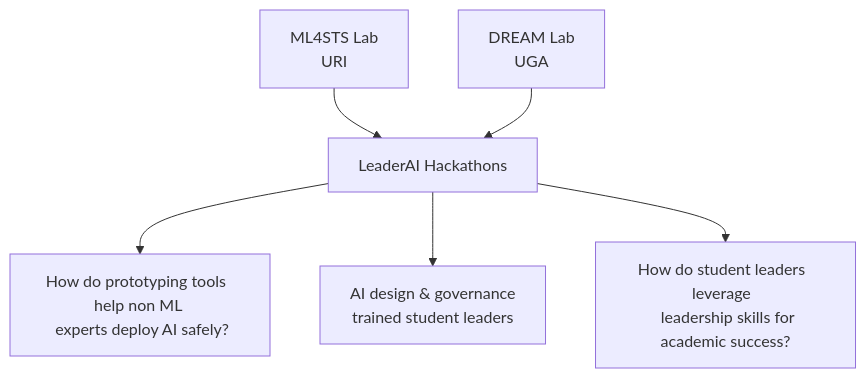
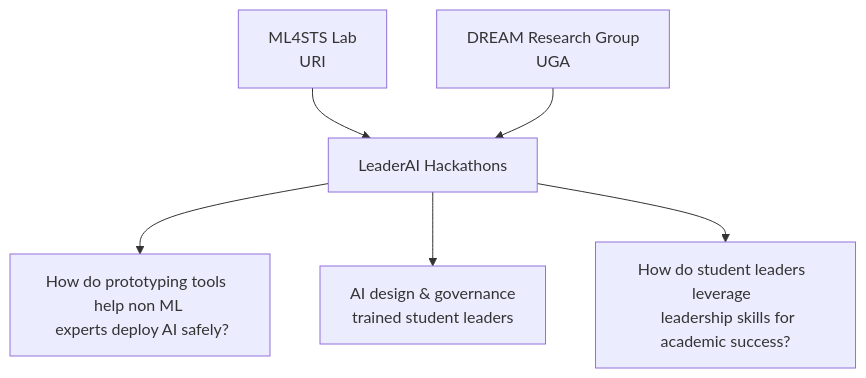
The first of 2 diagrams in index.md (leaderAIhackathon/leaderaihackathon.github.io), drawn with Mermaid before and after one commit. The commit also changed other lines of this file, not shown here.

````diff
--- a/index.md
+++ b/index.md
@@ -16,12 +16,12 @@
 ```mermaid
 flowchart TD
     ri[ML4STS Lab <br> URI]
-    ga[DREAM Lab <br> UGA]
+    ga[DREAM Research Group <br> UGA]
     laih[LeaderAI Hackathons]
     ri --> laih
     ga --> laih
     tl[AI design & governance <br> trained student leaders]
     eeq[How do student leaders  leverage  <br>  leadership skills for academic success?]
     mlq[How do prototyping tools  help non ML <br> experts deploy AI safely?]
     laih --> mlq & tl & eeq
 ```
````
